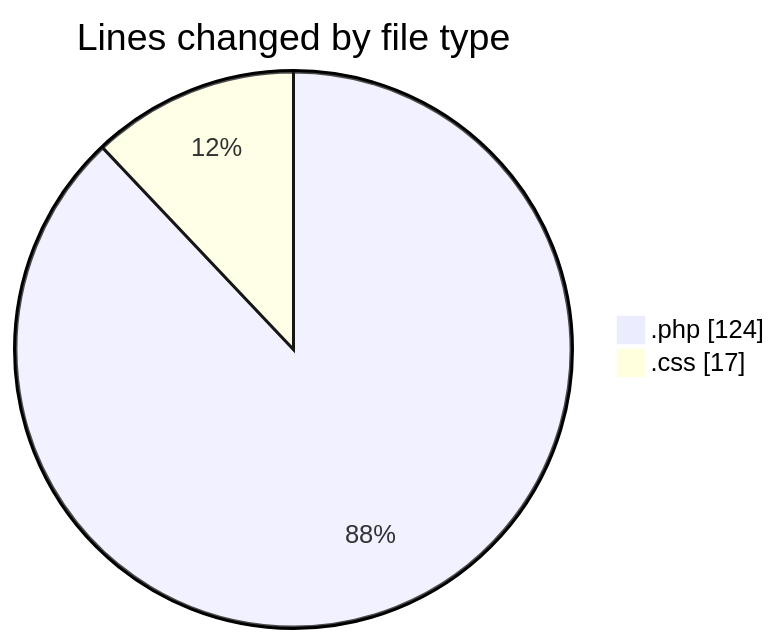
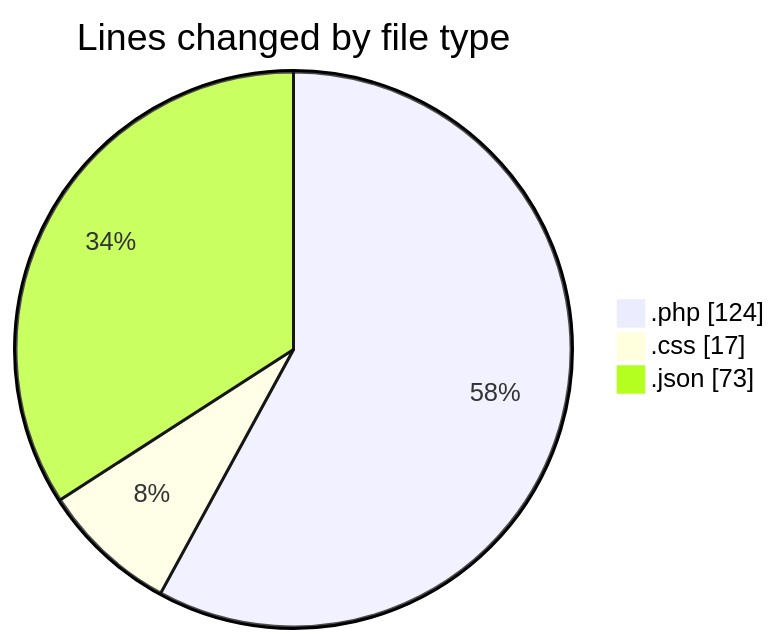
The first of 2 diagrams in 2026-03-20/newspaper-child/README.md (momahboobian/code-tracking), drawn with Mermaid before and after one commit. The commit also changed other lines of this file and 1 other file, not shown here.

````diff
--- a/2026-03-20/newspaper-child/README.md
+++ b/2026-03-20/newspaper-child/README.md
@@ -23,6 +24,7 @@
 ```mermaid
 pie showData
 title Lines changed by file type
 ".php" : 124
 ".css" : 17
+".json" : 73
 ```
````
